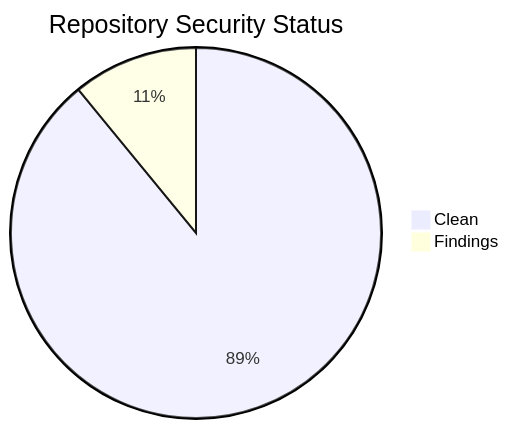
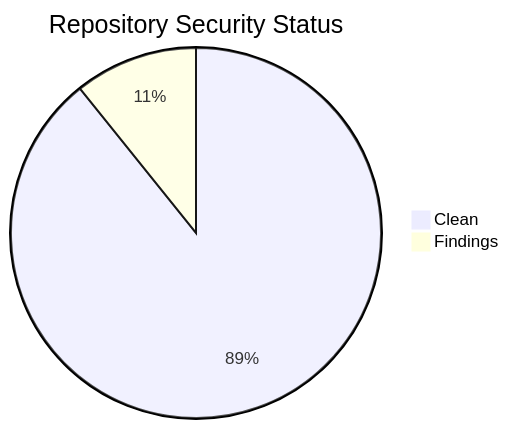
One commit to icepaule/icepaule.github.io changed the second of 2 diagrams in projects/status.md. Above: the diagram before and after it, drawn with Mermaid. The commit also changed other lines of this file and 57 other files, not shown here.

````diff
--- a/projects/status.md
+++ b/projects/status.md
@@ -127,5 +128,5 @@
 ```mermaid
 pie title Repository Security Status
-    "Clean" : 57
+    "Clean" : 58
     "Findings" : 7
 ```
````
